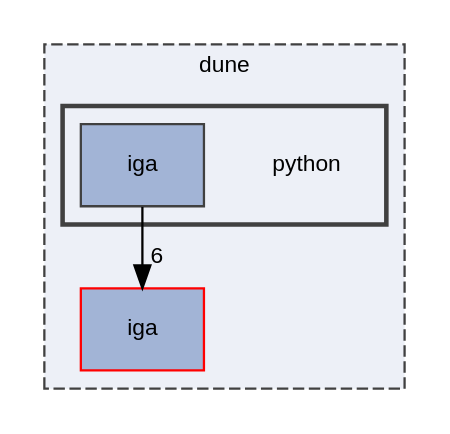
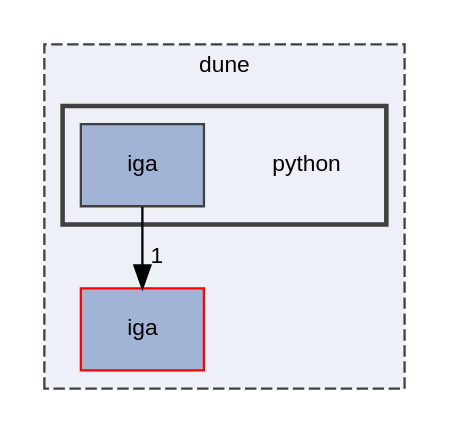
Before and after one commit to rath3t/dune-iga-doc: the diagram in dir_e42d0074801678c644b0e137d50ef233_dep.dot, drawn with Graphviz. The commit also changed 1353 other files, not shown here.

```diff
--- a/dir_e42d0074801678c644b0e137d50ef233_dep.dot
+++ b/dir_e42d0074801678c644b0e137d50ef233_dep.dot
@@ -1,17 +1,17 @@
 digraph "python"
 {
  // LATEX_PDF_SIZE
   edge [fontname="Helvetica",fontsize="10",labelfontname="Helvetica",labelfontsize="10"];
   node [fontname="Helvetica",fontsize="10",shape=record];
   compound=true
   subgraph clusterdir_5e69be5995c9f5d42bf491ae6f29600e {
     graph [ bgcolor="#edf0f7", pencolor="grey25", style="filled,dashed,", label="dune", fontname="Helvetica", fontsize="10", URL="dir_5e69be5995c9f5d42bf491ae6f29600e.html"]
   dir_d2a3c23294a1b1015b1b8e8721ddded8 [shape=box, label="iga", style="filled,", fillcolor="#a2b4d6", color="red", URL="dir_d2a3c23294a1b1015b1b8e8721ddded8.html"];
   subgraph clusterdir_e42d0074801678c644b0e137d50ef233 {
     graph [ bgcolor="#edf0f7", pencolor="grey25", style="filled,bold,", label="", fontname="Helvetica", fontsize="10", URL="dir_e42d0074801678c644b0e137d50ef233.html"]
     dir_e42d0074801678c644b0e137d50ef233 [shape=plaintext, label="python"];
   dir_4df0bd6c9c69aa67512ad22eda882a96 [shape=box, label="iga", style="filled,", fillcolor="#a2b4d6", color="grey25", URL="dir_4df0bd6c9c69aa67512ad22eda882a96.html"];
   }
   }
-  dir_4df0bd6c9c69aa67512ad22eda882a96->dir_d2a3c23294a1b1015b1b8e8721ddded8 [headlabel="6", labeldistance=1.5 headhref="dir_000006_000005.html"];
+  dir_4df0bd6c9c69aa67512ad22eda882a96->dir_d2a3c23294a1b1015b1b8e8721ddded8 [headlabel="1", labeldistance=1.5 headhref="dir_000009_000008.html"];
 }
```
